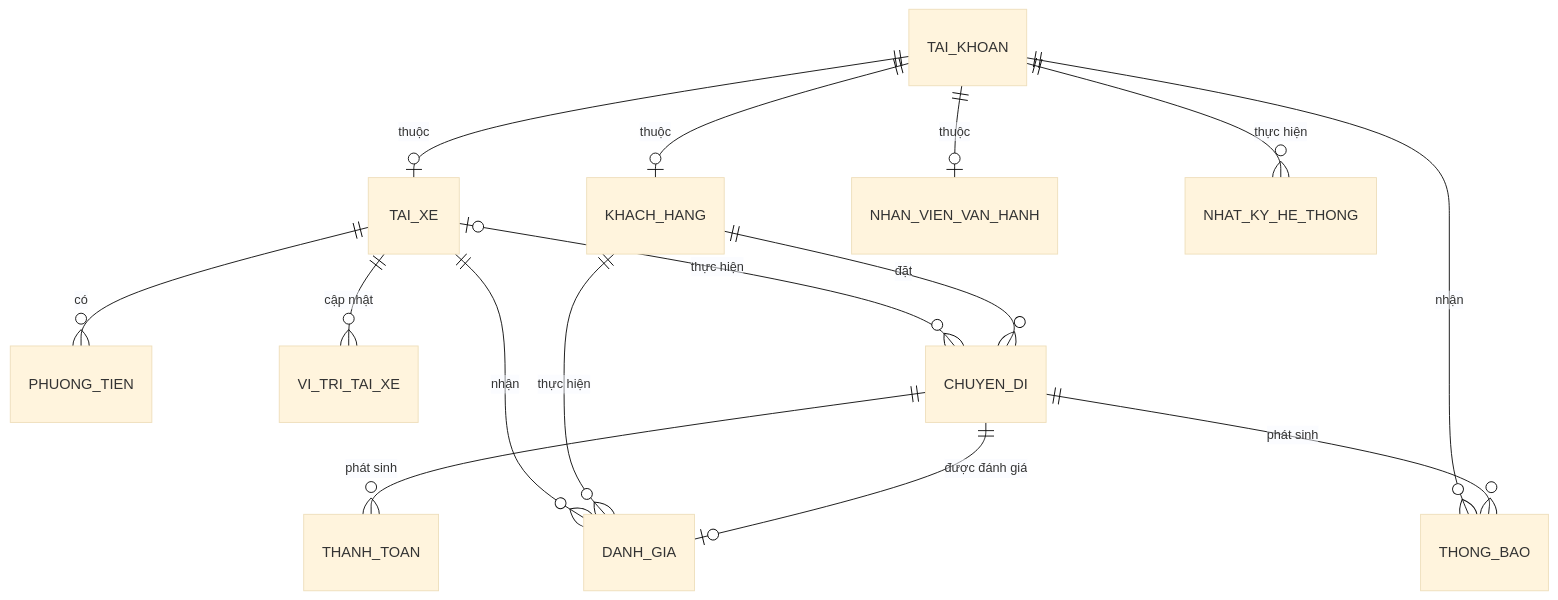
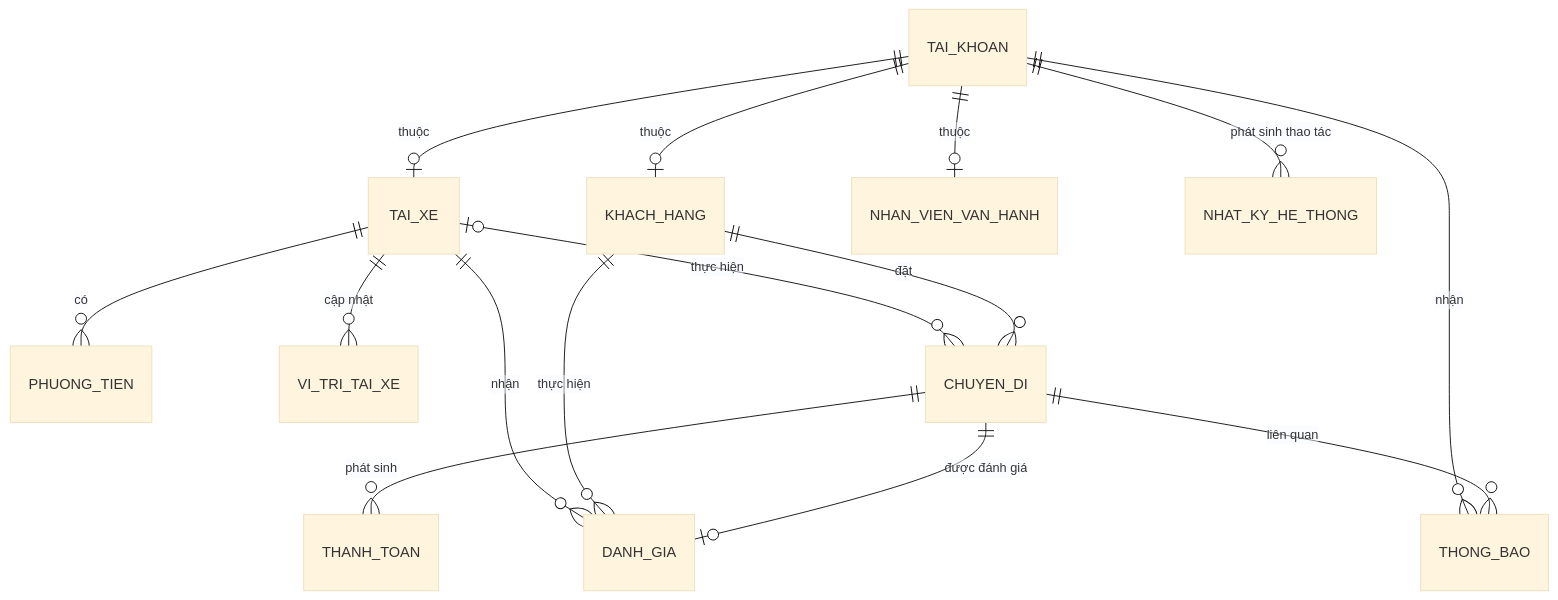
One commit to ngoclinh090608-wq/23707801_Nguyen-Thi-Ngoc-Linh_CABSYSTEM changed the fourth of 5 diagrams in srs.md. Above: the diagram before and after it, drawn with Mermaid (base theme). The commit also changed other lines of this file, not shown here.

````diff
--- a/srs.md
+++ b/srs.md
@@ -289,22 +273,22 @@
 ```mermaid
 erDiagram
     TAI_KHOAN ||--o| KHACH_HANG : "thuộc"
     TAI_KHOAN ||--o| TAI_XE : "thuộc"
     TAI_KHOAN ||--o| NHAN_VIEN_VAN_HANH : "thuộc"
 
     TAI_XE ||--o{ PHUONG_TIEN : "có"
     TAI_XE ||--o{ VI_TRI_TAI_XE : "cập nhật"
 
     KHACH_HANG ||--o{ CHUYEN_DI : "đặt"
     TAI_XE o|--o{ CHUYEN_DI : "thực hiện"
 
     CHUYEN_DI ||--o{ THANH_TOAN : "phát sinh"
-    CHUYEN_DI ||--o{ THONG_BAO : "phát sinh"
+    CHUYEN_DI ||--o{ THONG_BAO : "liên quan"
     CHUYEN_DI ||--o| DANH_GIA : "được đánh giá"
 
     KHACH_HANG ||--o{ DANH_GIA : "thực hiện"
     TAI_XE ||--o{ DANH_GIA : "nhận"
 
     TAI_KHOAN ||--o{ THONG_BAO : "nhận"
-    TAI_KHOAN ||--o{ NHAT_KY_HE_THONG : "thực hiện"
+    TAI_KHOAN ||--o{ NHAT_KY_HE_THONG : "phát sinh thao tác"
 ```
````
